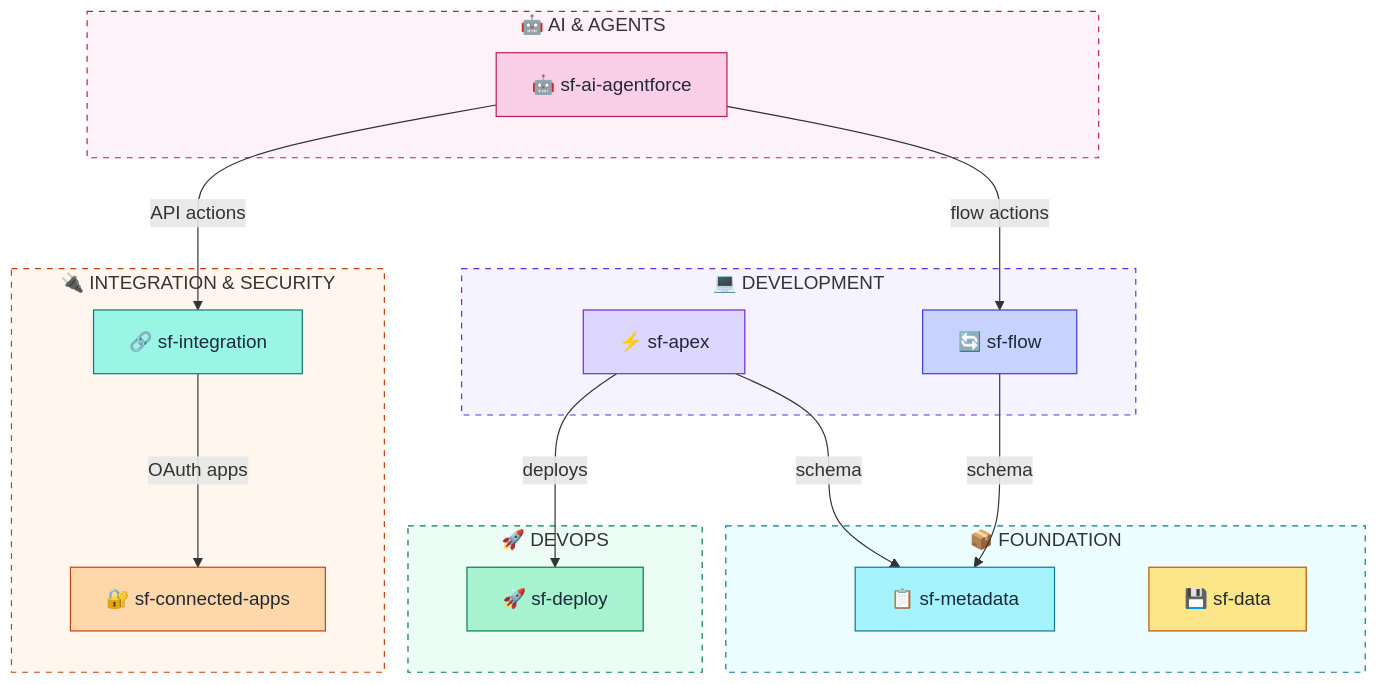
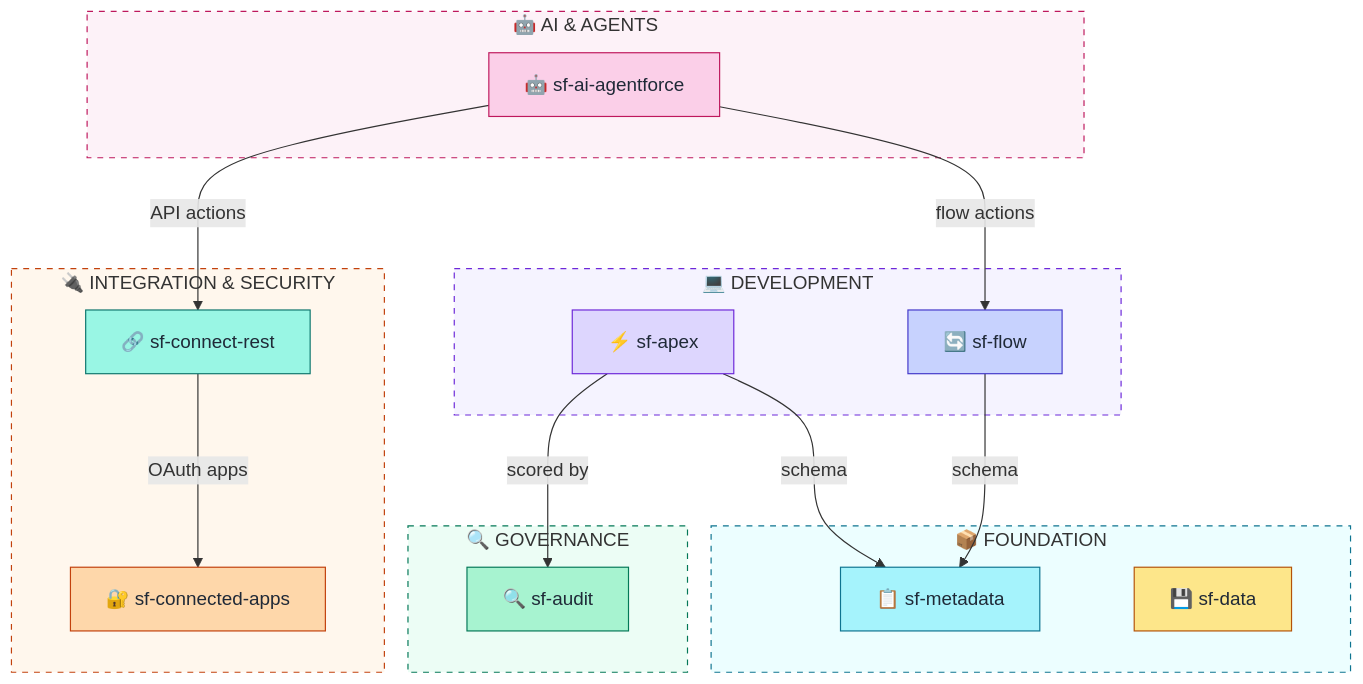
One commit to cirra-ai/skills changed the sixth of 6 diagrams in skills/sf-diagram/references/color-palette.md. Above: the diagram before and after it, drawn with Mermaid. The commit also changed other lines of this file and 88 other files, not shown here.

First line of the commit message:
fix(skills): align all skills with Cirra MCP tool schemas, add signature validator, fix stale refs and Apex scoring (#166)

````diff
--- a/skills/sf-diagram/references/color-palette.md
+++ b/skills/sf-diagram/references/color-palette.md
@@ -272,51 +272,51 @@
 ```mermaid
 %%{init: {"flowchart": {"nodeSpacing": 80, "rankSpacing": 70}} }%%
 flowchart TB
     subgraph ai["🤖 AI & AGENTS"]
         agentforce["🤖 sf-ai-agentforce"]
     end
 
     subgraph integration["🔌 INTEGRATION & SECURITY"]
         connectedapps["🔐 sf-connected-apps"]
-        sfintegration["🔗 sf-integration"]
+        connectrest["🔗 sf-connect-rest"]
     end
 
     subgraph development["💻 DEVELOPMENT"]
         apex["⚡ sf-apex"]
         flow["🔄 sf-flow"]
     end
 
     subgraph foundation["📦 FOUNDATION"]
         metadata["📋 sf-metadata"]
         data["💾 sf-data"]
     end
 
-    subgraph devops["🚀 DEVOPS"]
-        deploy["🚀 sf-deploy"]
+    subgraph devops["🔍 GOVERNANCE"]
+        audit["🔍 sf-audit"]
     end
 
     %% Relationships
     agentforce -->|"flow actions"| flow
-    agentforce -->|"API actions"| sfintegration
-    sfintegration -->|"OAuth apps"| connectedapps
+    agentforce -->|"API actions"| connectrest
+    connectrest -->|"OAuth apps"| connectedapps
     apex -->|"schema"| metadata
     flow -->|"schema"| metadata
-    apex -->|"deploys"| deploy
+    apex -->|"scored by"| audit
 
     %% Node Styling - 200-level fills
     style agentforce fill:#fbcfe8,stroke:#be185d,color:#1f2937
     style connectedapps fill:#fed7aa,stroke:#c2410c,color:#1f2937
-    style sfintegration fill:#99f6e4,stroke:#0f766e,color:#1f2937
+    style connectrest fill:#99f6e4,stroke:#0f766e,color:#1f2937
     style apex fill:#ddd6fe,stroke:#6d28d9,color:#1f2937
     style flow fill:#c7d2fe,stroke:#4338ca,color:#1f2937
     style metadata fill:#a5f3fc,stroke:#0e7490,color:#1f2937
     style data fill:#fde68a,stroke:#b45309,color:#1f2937
-    style deploy fill:#a7f3d0,stroke:#047857,color:#1f2937
+    style audit fill:#a7f3d0,stroke:#047857,color:#1f2937
 
     %% Subgraph Styling - 50-level fills with dashed borders
     style ai fill:#fdf2f8,stroke:#be185d,stroke-dasharray:5
     style integration fill:#fff7ed,stroke:#c2410c,stroke-dasharray:5
     style development fill:#f5f3ff,stroke:#6d28d9,stroke-dasharray:5
     style foundation fill:#ecfeff,stroke:#0e7490,stroke-dasharray:5
     style devops fill:#ecfdf5,stroke:#047857,stroke-dasharray:5
 ```
````
